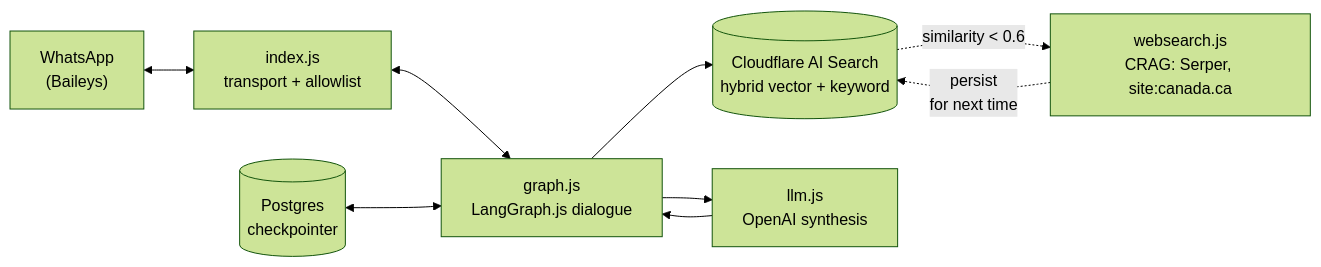
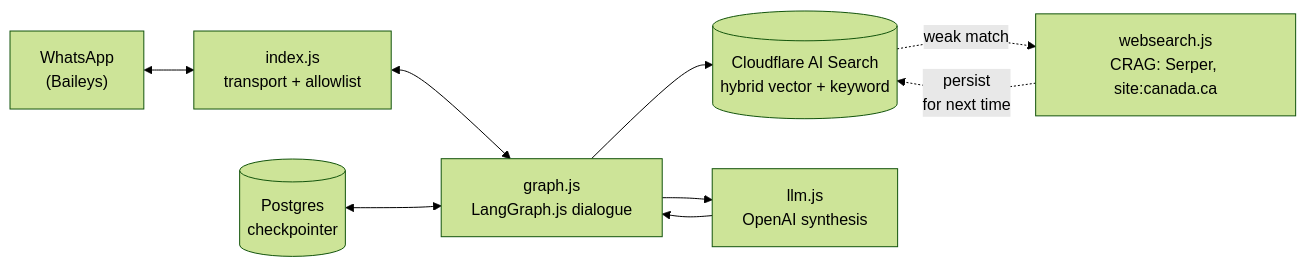
The diagram in README.md (kattakath/ircc-whatsapp-bot), drawn with Mermaid (forest theme) before and after one commit. The commit also changed other lines of this file and 9 other files, not shown here.

````diff
--- a/README.md
+++ b/README.md
@@ -13,11 +11,11 @@
 ```mermaid
 flowchart LR
     WA["WhatsApp\n(Baileys)"] <--> IDX["index.js\ntransport + allowlist"]
     IDX <--> GRAPH["graph.js\nLangGraph.js dialogue"]
     CKPT[("Postgres\ncheckpointer")] <--> GRAPH
     GRAPH --> DB[("Cloudflare AI Search\nhybrid vector + keyword")]
-    DB -. "similarity < 0.6" .-> WEB["websearch.js\nCRAG: Serper, site:canada.ca"]
+    DB -. "weak match" .-> WEB["websearch.js\nCRAG: Serper, site:canada.ca"]
     WEB -. "persist\nfor next time" .-> DB
     GRAPH --> LLM["llm.js\nOpenAI synthesis"]
     LLM --> GRAPH
 ```
````
